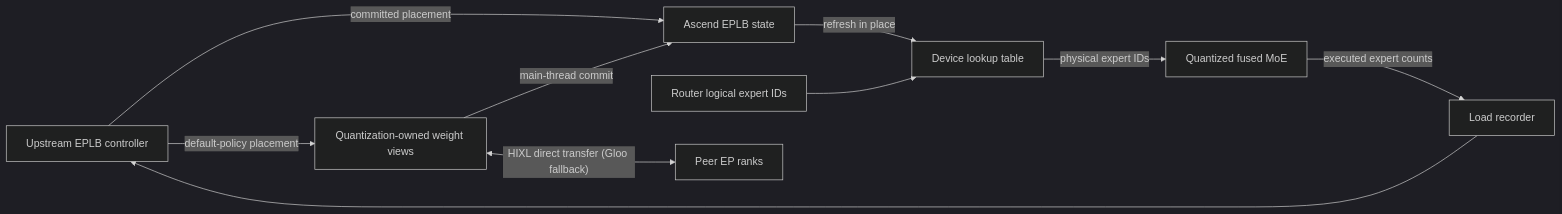
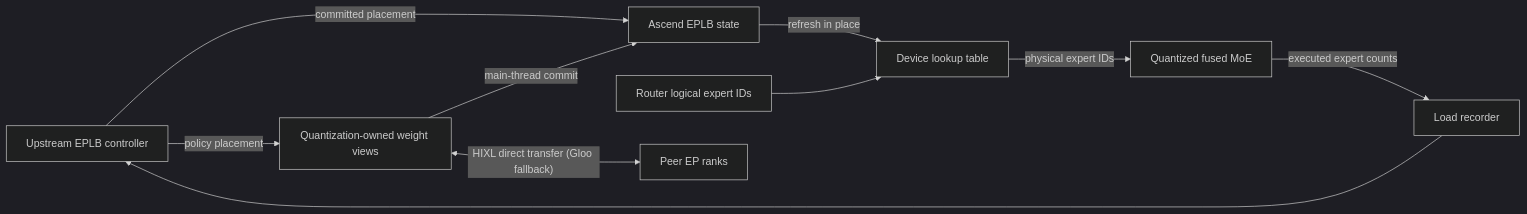
The diagram in docs/source/developer_guide/Design_Documents/model_runner_v2_eplb.md (vllm-project/vllm-ascend), drawn with Mermaid (dark theme) before and after one commit. The commit also changed other lines of this file and 6 other files, not shown here.

````diff
--- a/docs/source/developer_guide/Design_Documents/model_runner_v2_eplb.md
+++ b/docs/source/developer_guide/Design_Documents/model_runner_v2_eplb.md
@@ -32,12 +32,12 @@
 ```mermaid
 flowchart LR
     A["Upstream EPLB controller"] -->|"committed placement"| B["Ascend EPLB state"]
     B -->|"refresh in place"| C["Device lookup table"]
     D["Router logical expert IDs"] --> C
     C -->|"physical expert IDs"| E["Quantized fused MoE"]
     E -->|"executed expert counts"| F["Load recorder"]
     F --> A
-    A -->|"default-policy placement"| G["Quantization-owned weight views"]
+    A -->|"policy placement"| G["Quantization-owned weight views"]
     G <-->|"HIXL direct transfer (Gloo fallback)"| H["Peer EP ranks"]
     G -->|"main-thread commit"| B
 ```
````
